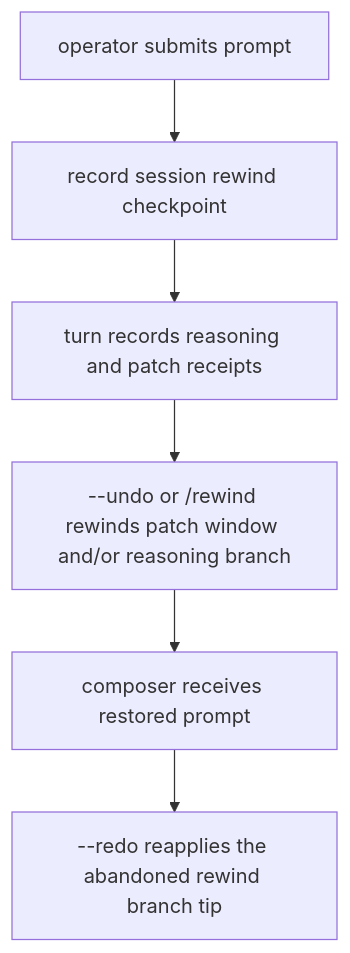
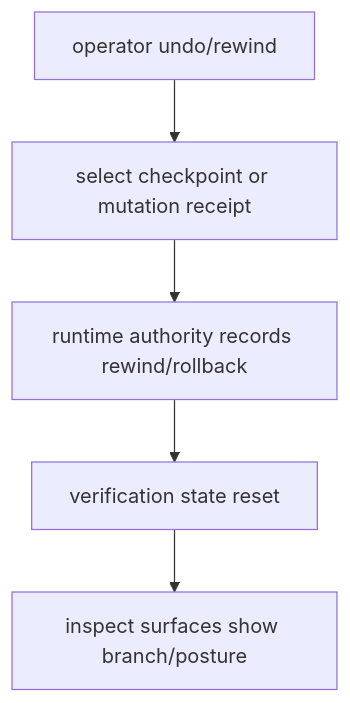
Before and after one commit to arcthur/brewva: the fifth of 5 diagrams in docs/architecture/control-and-data-flow.md, drawn with Mermaid. The commit also changed other lines of this file and 173 other files, not shown here.

First line of the commit message:
docs: restructure documentation architecture

````diff
--- a/docs/architecture/control-and-data-flow.md
+++ b/docs/architecture/control-and-data-flow.md
@@ -180,8 +67,7 @@
 ```mermaid
 flowchart TD
-  A["operator submits prompt"] --> B["record session rewind checkpoint"]
-  B --> C["turn records reasoning and patch receipts"]
-  C --> D["--undo or /rewind rewinds patch window and/or reasoning branch"]
-  D --> E["composer receives restored prompt"]
-  E --> F["--redo reapplies the abandoned rewind branch tip"]
+  A["operator undo/rewind"] --> B["select checkpoint or mutation receipt"]
+  B --> C["runtime authority records rewind/rollback"]
+  C --> D["verification state reset"]
+  D --> E["inspect surfaces show branch/posture"]
 ```
````
